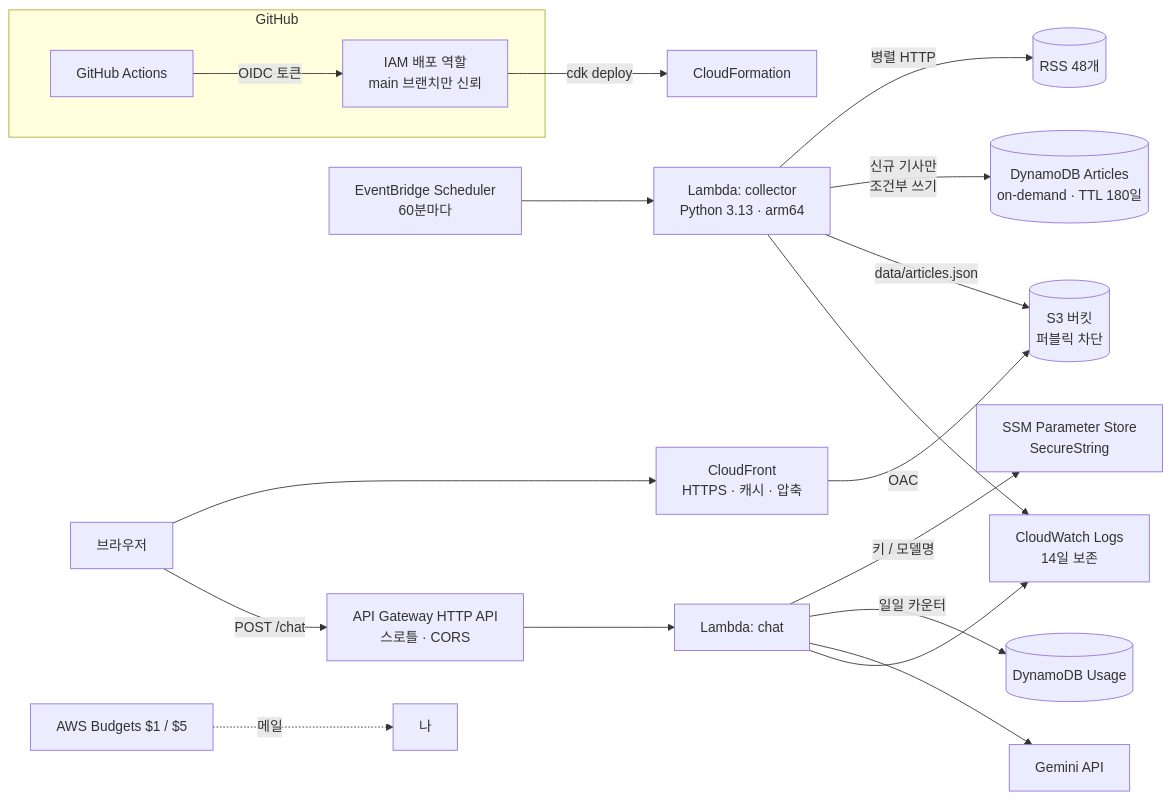
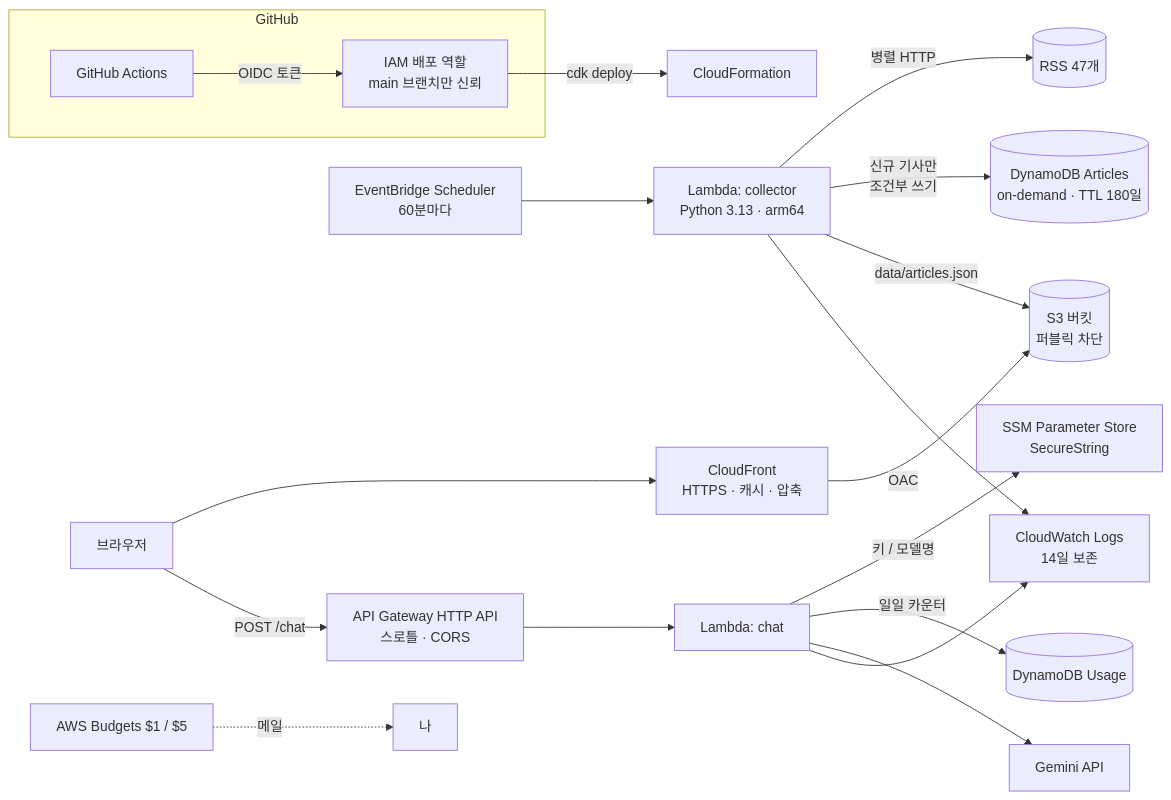
Before and after one commit to sujin-1015/ai-news-dashboard: the diagram in README.md, drawn with Mermaid. The commit also changed other lines of this file and 2 other files, not shown here.

Commit message:
chore(feeds): 본문을 가져올 수 없는 조선일보(경제) 피드 제외
기사 본문이 HTML에 없고 브라우저에서 그려지는 구조라 본문 추출이 13건 모두 실패.
전문 기반 요약 대상에서 빠지므로 매체 목록에서 제거 (RSS 48 → 47개).

````diff
--- a/README.md
+++ b/README.md
@@ -15,23 +15,23 @@
 ```mermaid
 flowchart LR
   subgraph GitHub
     GA[GitHub Actions] -- OIDC 토큰 --> ROLE[IAM 배포 역할<br/>main 브랜치만 신뢰]
   end
   ROLE -- cdk deploy --> CFN[CloudFormation]
 
   SCH[EventBridge Scheduler<br/>60분마다] --> COL[Lambda: collector<br/>Python 3.13 · arm64]
-  COL -- 병렬 HTTP --> RSS[(RSS 48개)]
+  COL -- 병렬 HTTP --> RSS[(RSS 47개)]
   COL -- 신규 기사만<br/>조건부 쓰기 --> DDB[(DynamoDB Articles<br/>on-demand · TTL 180일)]
   COL -- data/articles.json --> S3[(S3 버킷<br/>퍼블릭 차단)]
 
   U[브라우저] --> CF[CloudFront<br/>HTTPS · 캐시 · 압축]
   CF -- OAC --> S3
   U -- POST /chat --> API[API Gateway HTTP API<br/>스로틀 · CORS]
   API --> CHAT[Lambda: chat]
   CHAT -- 키 / 모델명 --> SSM[SSM Parameter Store<br/>SecureString]
   CHAT -- 일일 카운터 --> USAGE[(DynamoDB Usage)]
   CHAT --> GEM[Gemini API]
 
   COL & CHAT --> CW[CloudWatch Logs<br/>14일 보존]
   BUD[AWS Budgets $1 / $5] -. 메일 .-> ME[나]
 ```
````
